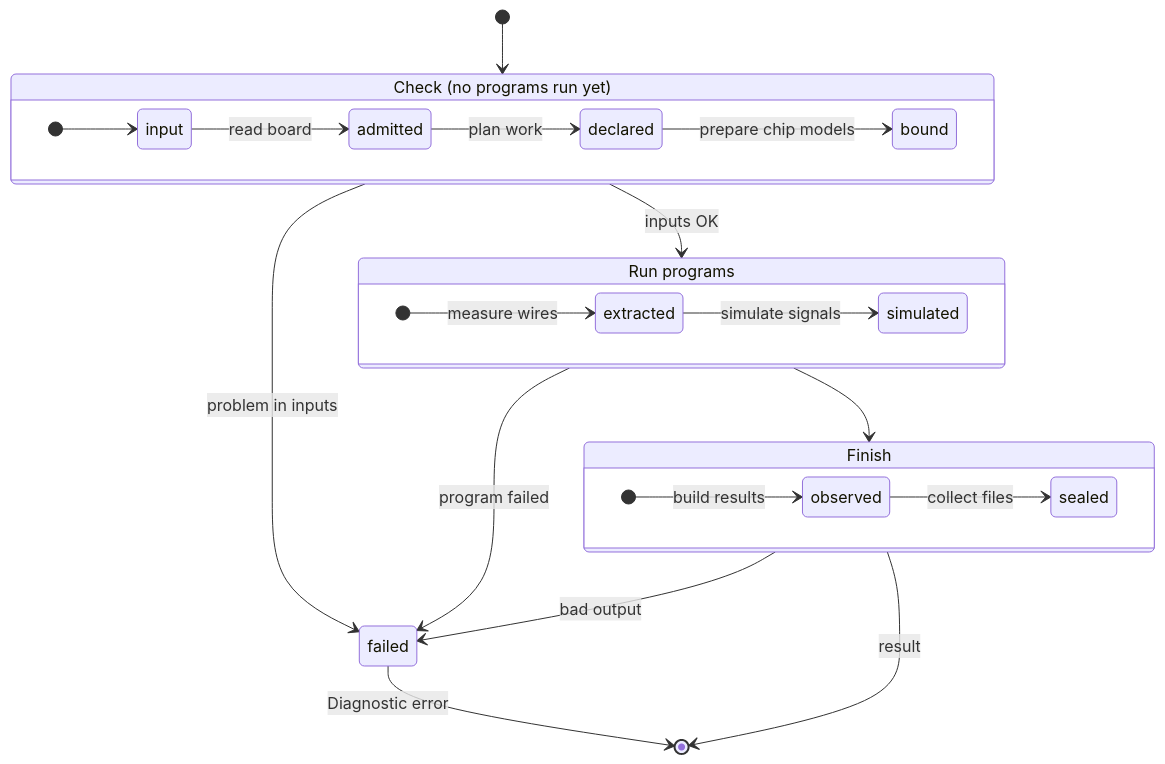
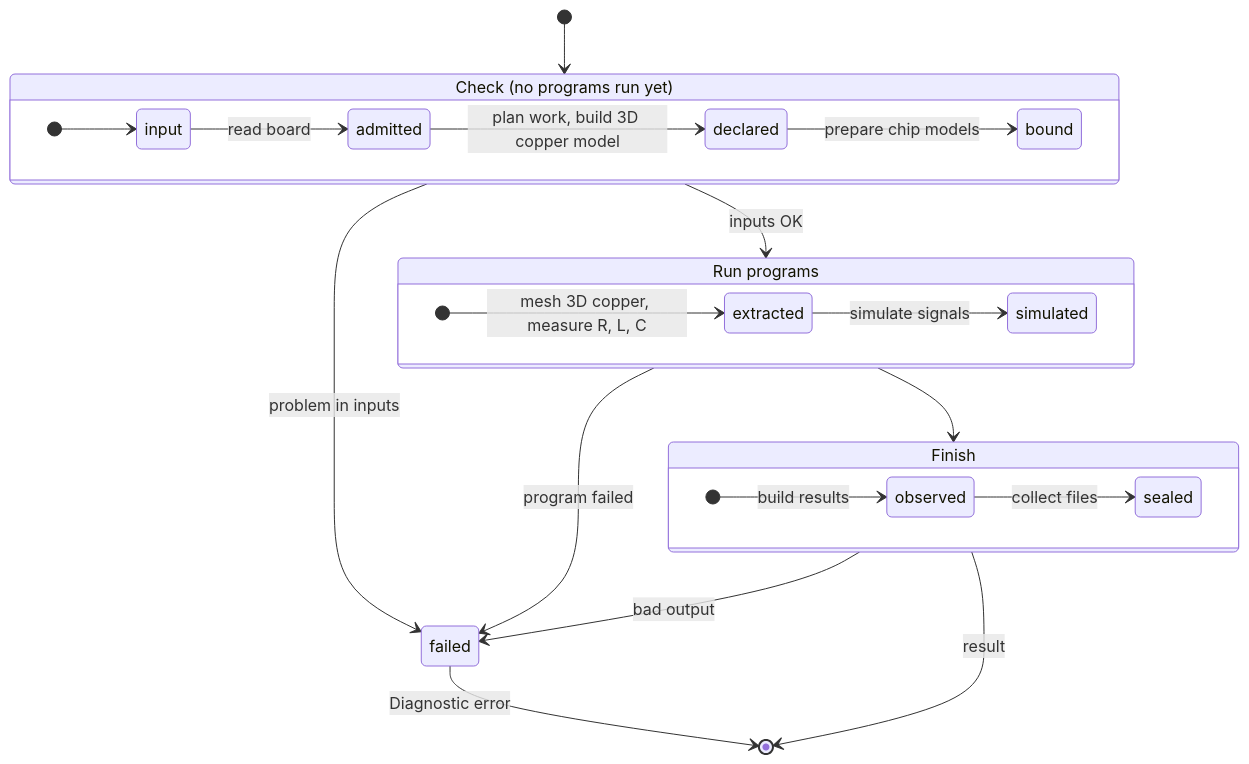
The second of 2 diagrams in README.md (cocvn157/pcb-spice-pipeline), drawn with Mermaid before and after one commit. The commit also changed 1 other file, not shown here.

Commit message:
docs: show 3D copper model in state diagrams

````diff
--- a/README.md
+++ b/README.md
@@ -70,28 +70,28 @@
 ```mermaid
 stateDiagram-v2
   state "Check (no programs run yet)" as check {
     direction LR
     [*] --> input
     input --> admitted: read board
-    admitted --> declared: plan work
+    admitted --> declared: plan work, build 3D copper model
     declared --> bound: prepare chip models
   }
   state "Run programs" as solve {
     direction LR
-    [*] --> extracted: measure wires
+    [*] --> extracted: mesh 3D copper, measure R, L, C
     extracted --> simulated: simulate signals
   }
   state "Finish" as finish {
     direction LR
     [*] --> observed: build results
     observed --> sealed: collect files
   }
   [*] --> check
   check --> solve: inputs OK
   solve --> finish
   finish --> [*]: result
   check --> failed: problem in inputs
   solve --> failed: program failed
   finish --> failed: bad output
   failed --> [*]: Diagnostic error
 ```
````
